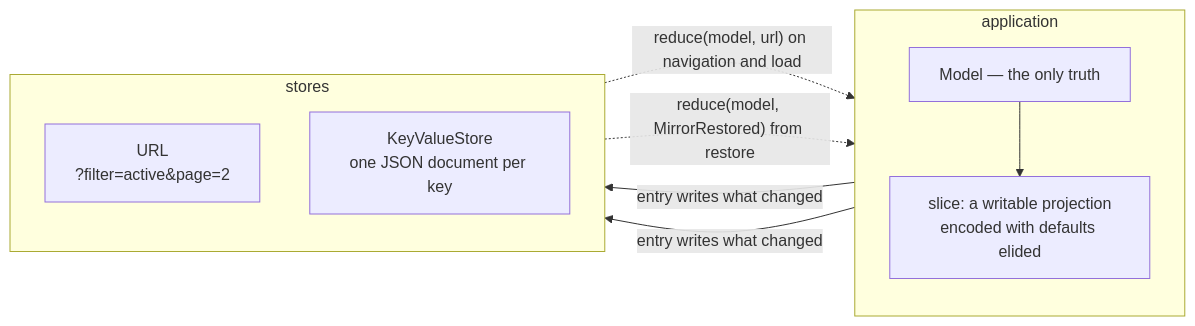
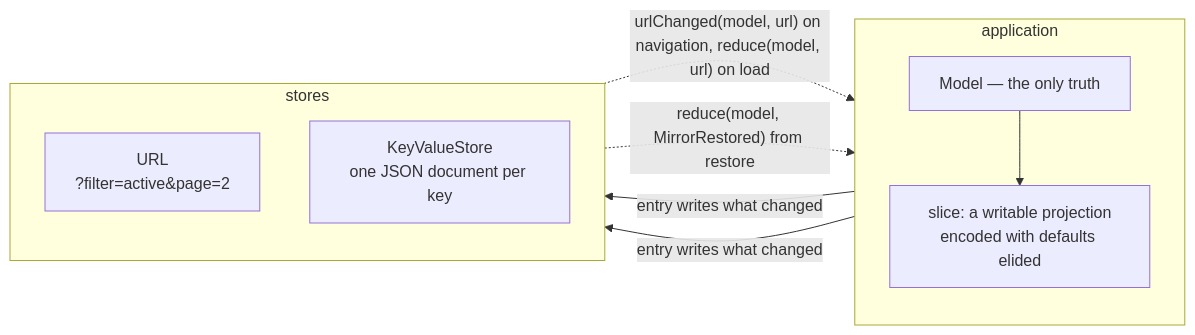
One commit to doeixd/foldkit-plus changed the diagram in docs/mirror.md. Above: the diagram before and after it, drawn with Mermaid. The commit also changed other lines of this file and 9 other files, not shown here.

````diff
--- a/docs/mirror.md
+++ b/docs/mirror.md
@@ -30,18 +30,18 @@
 ```mermaid
 flowchart LR
   subgraph app["application"]
     direction TB
     model["Model — the only truth"]
     slice["slice: a writable projection<br/>encoded with defaults elided"]
     model --> slice
   end
   subgraph stores["stores"]
     direction TB
     url["URL<br/>?filter=active&page=2"]
     kv["KeyValueStore<br/>one JSON document per key"]
   end
   slice -- "entry writes what changed" --> url
   slice -- "entry writes what changed" --> kv
-  url -. "reduce(model, url) on navigation and load" .-> model
+  url -. "urlChanged(model, url) on navigation, reduce(model, url) on load" .-> model
   kv -. "reduce(model, MirrorRestored) from restore" .-> model
 ```
````
